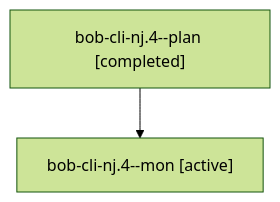
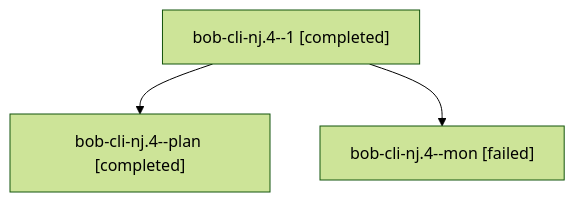
Before and after one commit to bobs-org/bob-cli--agents: the diagram in sessions/bbugyi200.apollo.bob-cli-nj.4.md, drawn with Mermaid (forest theme). The commit also changed other lines of this file and 46 other files, not shown here.

````diff
--- a/sessions/bbugyi200.apollo.bob-cli-nj.4.md
+++ b/sessions/bbugyi200.apollo.bob-cli-nj.4.md
@@ -9,6 +9,8 @@
 ```mermaid
 flowchart TD
-  n0["bob-cli-nj.4--plan [completed]"]
-  n1["bob-cli-nj.4--mon [active]"]
+  n0["bob-cli-nj.4--1 [completed]"]
+  n1["bob-cli-nj.4--plan [completed]"]
   n0 --> n1
+  n2["bob-cli-nj.4--mon [failed]"]
+  n0 --> n2
 ```
````
